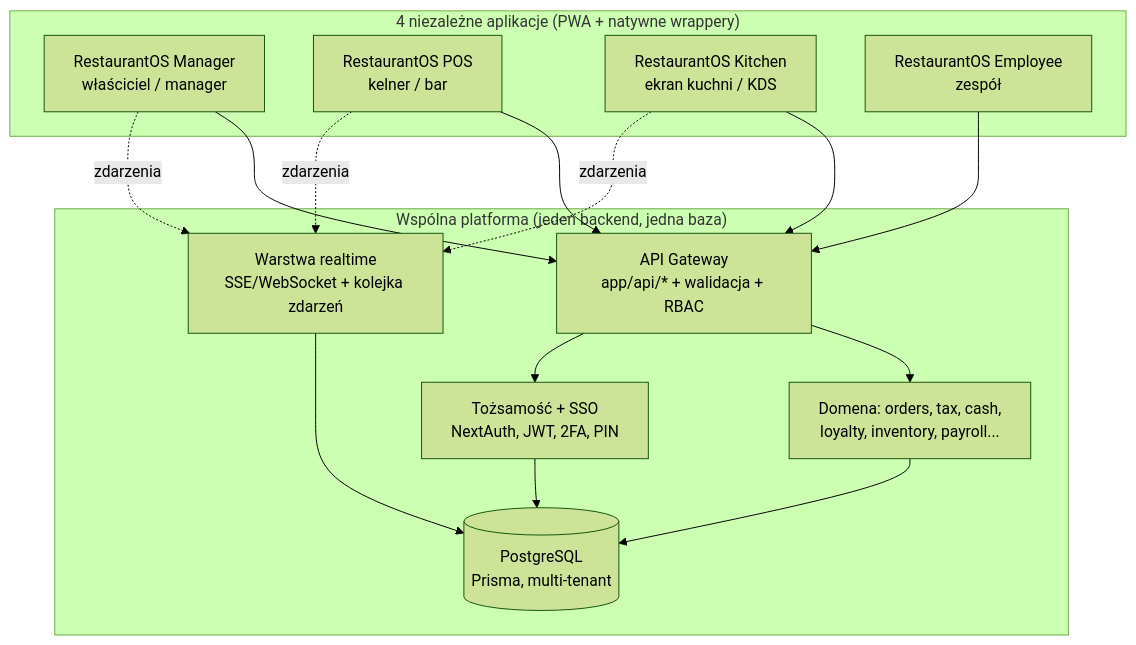
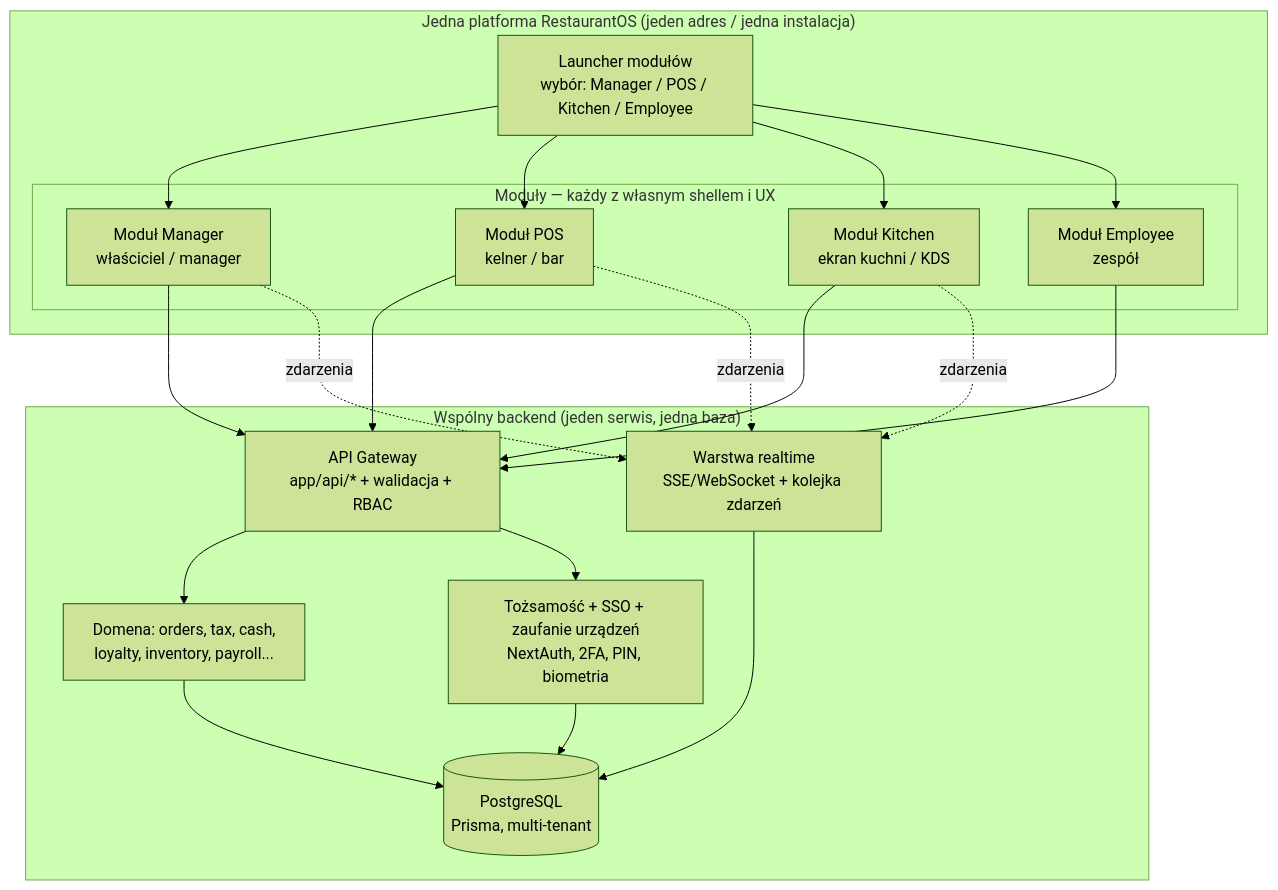
Before and after one commit to basen9/restaurantos: the diagram in docs/PRODUCT_ARCHITECTURE_REDESIGN.md, drawn with Mermaid (forest theme). The commit also changed other lines of this file, not shown here.

First line of the commit message:
docs: rewizja koncepcji — jedna platforma z launcherem modułów + Tożsamość 2.0

````diff
--- a/docs/PRODUCT_ARCHITECTURE_REDESIGN.md
+++ b/docs/PRODUCT_ARCHITECTURE_REDESIGN.md
@@ -35,28 +41,32 @@
 ```mermaid
 graph TD
-  subgraph Klienci["4 niezależne aplikacje (PWA + natywne wrappery)"]
-    M[RestaurantOS Manager<br/>właściciel / manager]
-    P[RestaurantOS POS<br/>kelner / bar]
-    K[RestaurantOS Kitchen<br/>ekran kuchni / KDS]
-    E[RestaurantOS Employee<br/>zespół]
+  subgraph Platform["Jedna platforma RestaurantOS (jeden adres / jedna instalacja)"]
+    LAUNCH[Launcher modułów<br/>wybór: Manager / POS / Kitchen / Employee]
+    subgraph Modules["Moduły — każdy z własnym shellem i UX"]
+      M[Moduł Manager<br/>właściciel / manager]
+      P[Moduł POS<br/>kelner / bar]
+      K[Moduł Kitchen<br/>ekran kuchni / KDS]
+      E[Moduł Employee<br/>zespół]
+    end
+    LAUNCH --> M & P & K & E
   end
 
-  subgraph Platforma["Wspólna platforma (jeden backend, jedna baza)"]
+  subgraph Backend["Wspólny backend (jeden serwis, jedna baza)"]
     API[API Gateway<br/>app/api/* + walidacja + RBAC]
     CORE[Domena: orders, tax, cash,<br/>loyalty, inventory, payroll...]
     RT[Warstwa realtime<br/>SSE/WebSocket + kolejka zdarzeń]
-    AUTH[Tożsamość + SSO<br/>NextAuth, JWT, 2FA, PIN]
+    AUTH[Tożsamość + SSO + zaufanie urządzeń<br/>NextAuth, 2FA, PIN, biometria]
     DB[(PostgreSQL<br/>Prisma, multi-tenant)]
   end
 
   M --> API
   P --> API
   K --> API
   E --> API
   P -. zdarzenia .-> RT
   K -. zdarzenia .-> RT
   M -. zdarzenia .-> RT
   API --> CORE --> DB
   RT --> DB
   API --> AUTH --> DB
 ```
````
